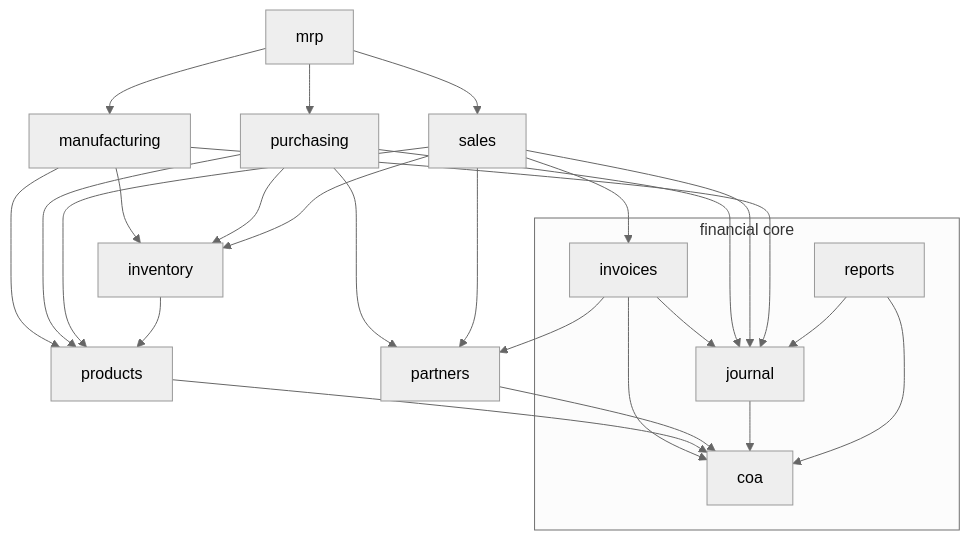
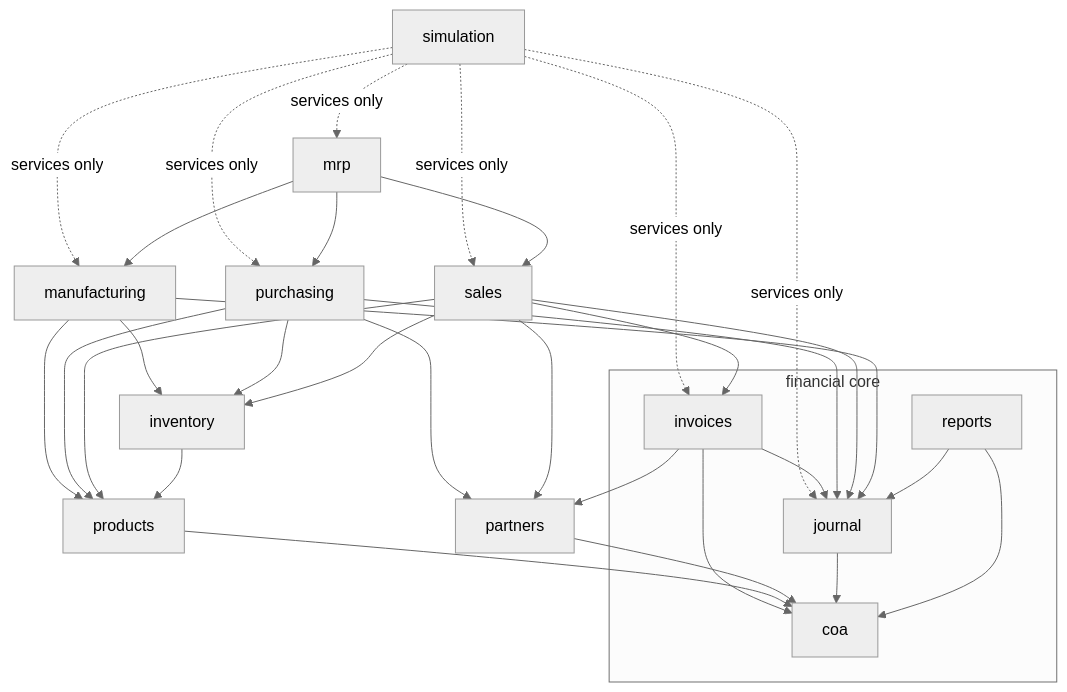
One commit to bamr87/djangoerp changed the first of 3 diagrams in docs/ARCHITECTURE.md. Above: the diagram before and after it, drawn with Mermaid (neutral theme). The commit also changed other lines of this file and 62 other files, not shown here.

````diff
--- a/docs/ARCHITECTURE.md
+++ b/docs/ARCHITECTURE.md
@@ -11,20 +11,21 @@
 ```mermaid
 flowchart TD
+    simulation -. services only .-> mrp & sales & purchasing & manufacturing & invoices & journal
     mrp --> sales & purchasing & manufacturing
     manufacturing --> inventory & products
     purchasing --> partners & products & inventory
     sales --> partners & products & inventory & invoices
     invoices --> partners & journal & coa
     inventory --> products
     products --> coa
     partners --> coa
     purchasing & sales & manufacturing --> journal
     journal --> coa
     subgraph financial core
         coa
         journal
         invoices
         reports
     end
     reports --> journal & coa
 ```
````
